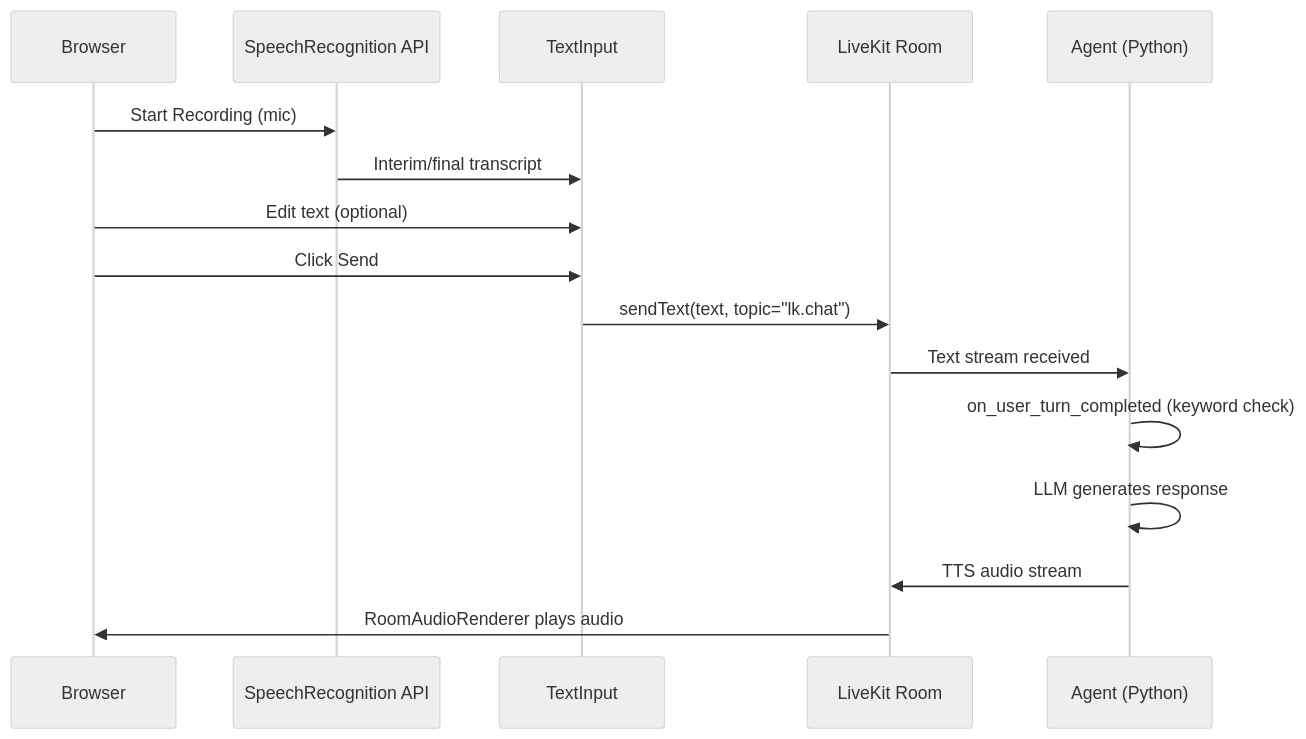
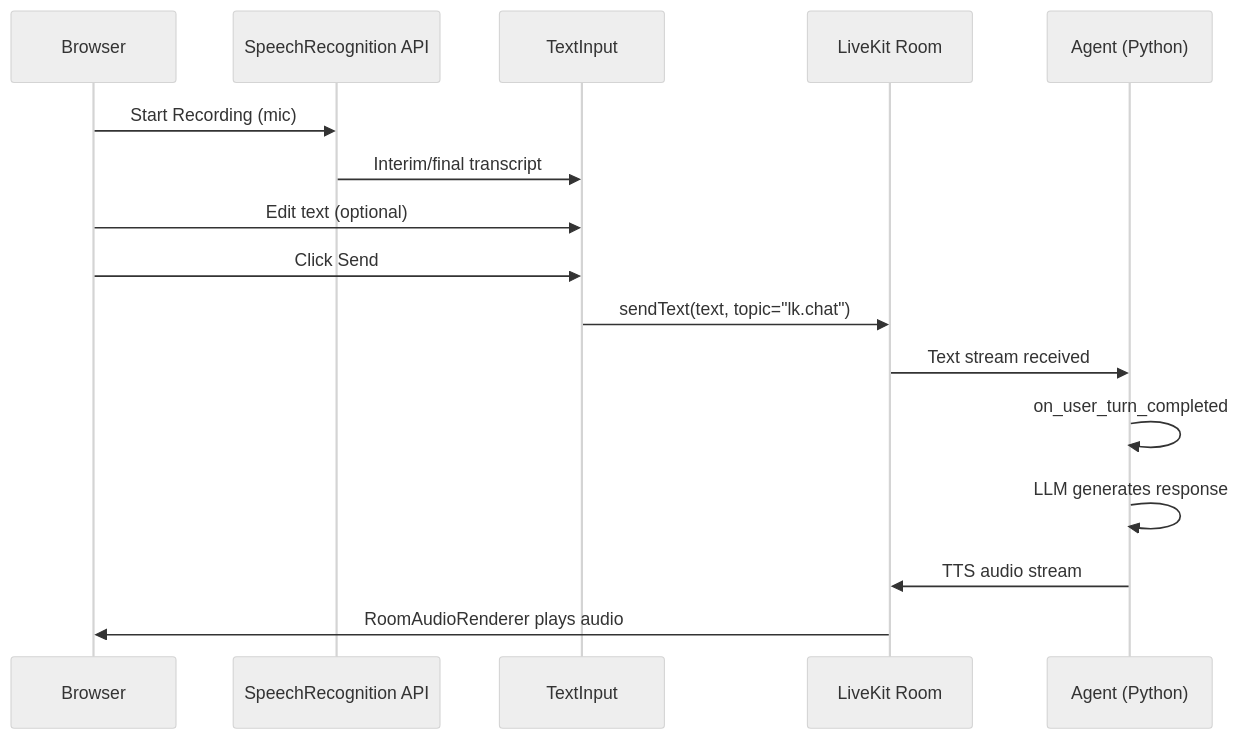
One commit to anhtranst/moc_interview_demo changed the second of 3 diagrams in README.md. Above: the diagram before and after it, drawn with Mermaid (neutral theme). The commit also changed other lines of this file and 8 other files, not shown here.

````diff
--- a/README.md
+++ b/README.md
@@ -53,19 +53,19 @@
 ```mermaid
 sequenceDiagram
     participant U as Browser
     participant SR as SpeechRecognition API
     participant TI as TextInput
     participant LK as LiveKit Room
     participant A as Agent (Python)
 
     U->>SR: Start Recording (mic)
     SR->>TI: Interim/final transcript
     U->>TI: Edit text (optional)
     U->>TI: Click Send
     TI->>LK: sendText(text, topic="lk.chat")
     LK->>A: Text stream received
-    A->>A: on_user_turn_completed (keyword check)
+    A->>A: on_user_turn_completed
     A->>A: LLM generates response
     A->>LK: TTS audio stream
     LK->>U: RoomAudioRenderer plays audio
 ```
````
